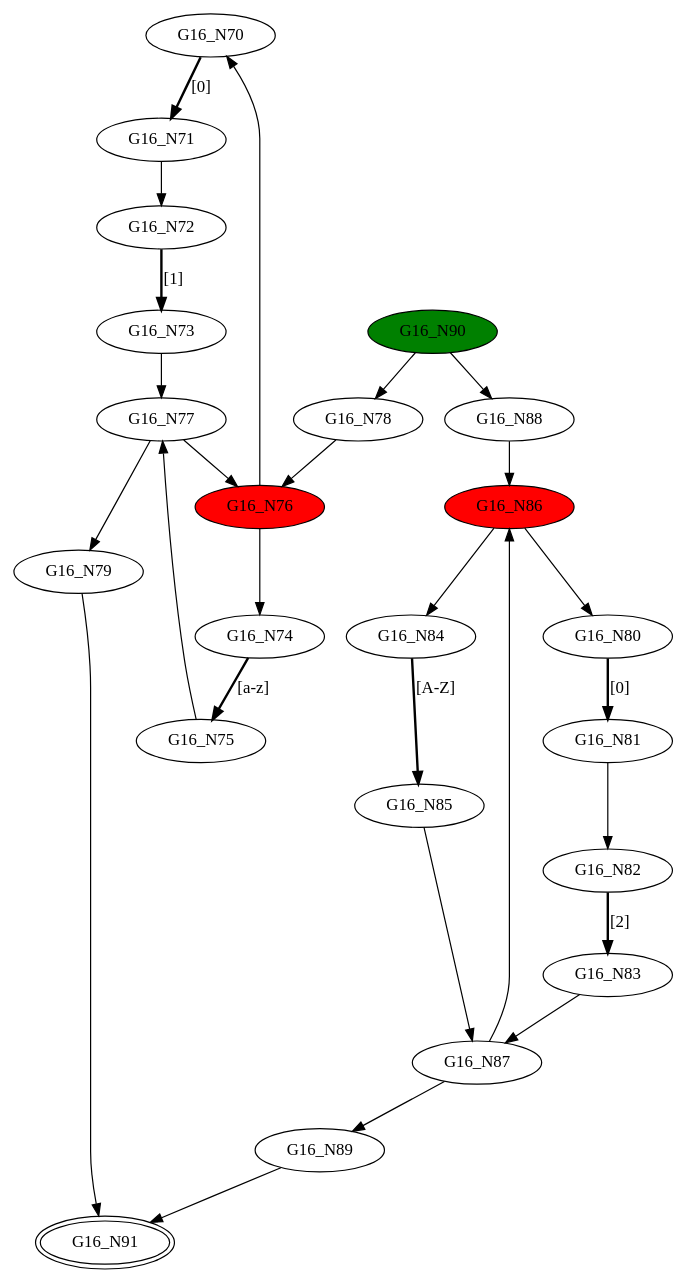
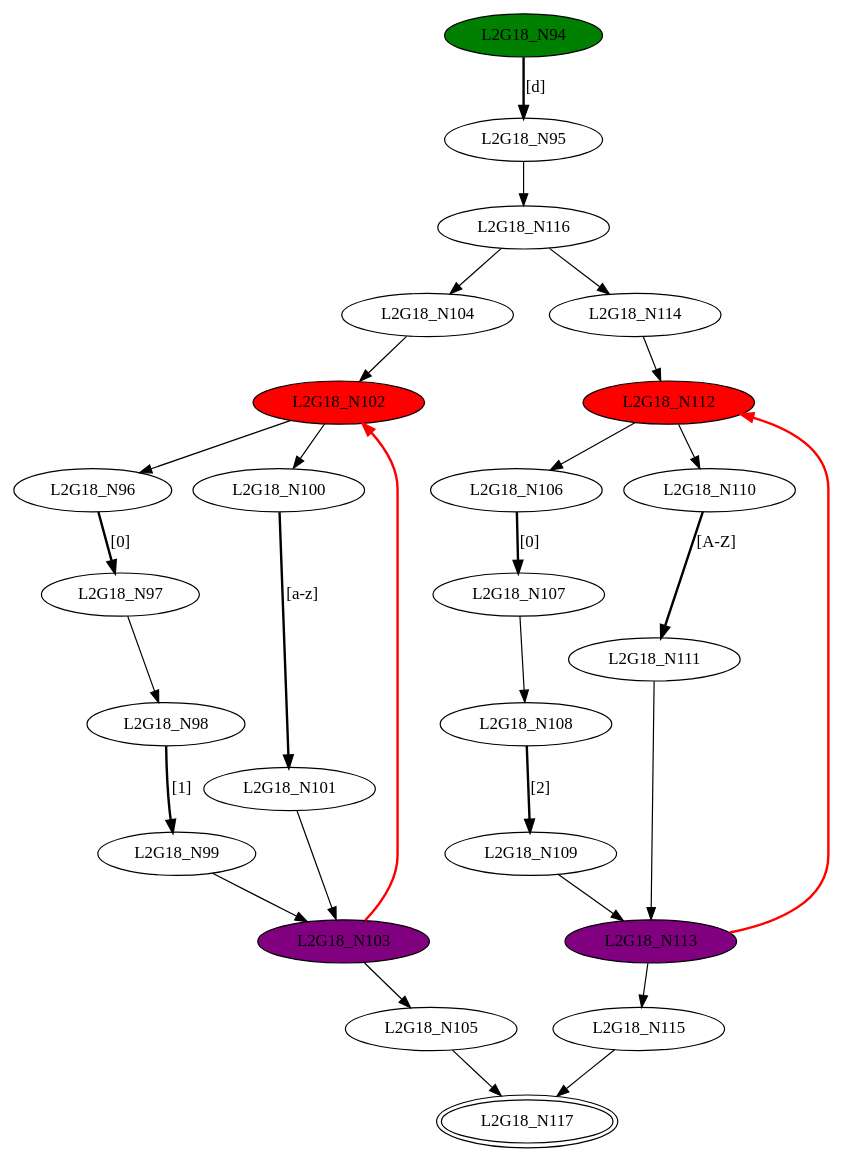
One commit to GDimitroulakos/EDUFLEX changed the diagram in DFASimulator/Testbench/merge2.dot. Above: the diagram before and after it, drawn with Graphviz. The commit also changed 52 other files, not shown here.

Commit message:
Identify loops in the thompson algorithm generated NFA and expose it via coloring in the graphviz NFA graph

```diff
--- a/DFASimulator/Testbench/merge2.dot
+++ b/DFASimulator/Testbench/merge2.dot
@@ -1,50 +1,54 @@
-digraph G16{
-"G16_N70";
-"G16_N71";
-"G16_N72";
-"G16_N73";
-"G16_N74";
-"G16_N75";
-"G16_N76" [style=filled,fillcolor=red];
-"G16_N77";
-"G16_N78";
-"G16_N79";
-"G16_N80";
-"G16_N81";
-"G16_N82";
-"G16_N83";
-"G16_N84";
-"G16_N85";
-"G16_N86" [style=filled,fillcolor=red];
-"G16_N87";
-"G16_N88";
-"G16_N89";
-"G16_N90" [style=filled,fillcolor=green];
-"G16_N91" [peripheries=2];
-"G16_N70"->"G16_N71" [style = bold, label = "[0]"];
-"G16_N72"->"G16_N73" [style = bold, label = "[1]"];
-"G16_N71"->"G16_N72";
-"G16_N74"->"G16_N75" [style = bold, label = "[a-z]"];
-"G16_N76"->"G16_N70";
-"G16_N76"->"G16_N74";
-"G16_N75"->"G16_N77";
-"G16_N73"->"G16_N77";
-"G16_N78"->"G16_N76";
-"G16_N77"->"G16_N79";
-"G16_N77"->"G16_N76";
-"G16_N80"->"G16_N81" [style = bold, label = "[0]"];
-"G16_N82"->"G16_N83" [style = bold, label = "[2]"];
-"G16_N81"->"G16_N82";
-"G16_N84"->"G16_N85" [style = bold, label = "[A-Z]"];
-"G16_N86"->"G16_N80";
-"G16_N86"->"G16_N84";
-"G16_N85"->"G16_N87";
-"G16_N83"->"G16_N87";
-"G16_N88"->"G16_N86";
-"G16_N87"->"G16_N89";
-"G16_N87"->"G16_N86";
-"G16_N90"->"G16_N78";
-"G16_N90"->"G16_N88";
-"G16_N89"->"G16_N91";
-"G16_N79"->"G16_N91";
+digraph G18{
+"L2G18_N94" [style=filled,fillcolor=green];
+"L2G18_N95";
+"L2G18_N96";
+"L2G18_N97";
+"L2G18_N98";
+"L2G18_N99";
+"L2G18_N100";
+"L2G18_N101";
+"L2G18_N102" [style=filled,fillcolor=red];
+"L2G18_N103" [style=filled,fillcolor=purple];
+"L2G18_N104";
+"L2G18_N105";
+"L2G18_N106";
+"L2G18_N107";
+"L2G18_N108";
+"L2G18_N109";
+"L2G18_N110";
+"L2G18_N111";
+"L2G18_N112" [style=filled,fillcolor=red];
+"L2G18_N113" [style=filled,fillcolor=purple];
+"L2G18_N114";
+"L2G18_N115";
+"L2G18_N116";
+"L2G18_N117" [peripheries=2];
+"L2G18_N94"->"L2G18_N95" [style = bold, label = "[d]"];
+"L2G18_N96"->"L2G18_N97" [style = bold, label = "[0]"];
+"L2G18_N98"->"L2G18_N99" [style = bold, label = "[1]"];
+"L2G18_N97"->"L2G18_N98";
+"L2G18_N100"->"L2G18_N101" [style = bold, label = "[a-z]"];
+"L2G18_N102"->"L2G18_N96";
+"L2G18_N102"->"L2G18_N100";
+"L2G18_N101"->"L2G18_N103";
+"L2G18_N99"->"L2G18_N103";
+"L2G18_N104"->"L2G18_N102";
+"L2G18_N103"->"L2G18_N105";
+"L2G18_N103"->"L2G18_N102" [color=red,style = bold, label = ""];
+"L2G18_N106"->"L2G18_N107" [style = bold, label = "[0]"];
+"L2G18_N108"->"L2G18_N109" [style = bold, label = "[2]"];
+"L2G18_N107"->"L2G18_N108";
+"L2G18_N110"->"L2G18_N111" [style = bold, label = "[A-Z]"];
+"L2G18_N112"->"L2G18_N106";
+"L2G18_N112"->"L2G18_N110";
+"L2G18_N111"->"L2G18_N113";
+"L2G18_N109"->"L2G18_N113";
+"L2G18_N114"->"L2G18_N112";
+"L2G18_N113"->"L2G18_N115";
+"L2G18_N113"->"L2G18_N112" [color=red,style = bold, label = ""];
+"L2G18_N116"->"L2G18_N104";
+"L2G18_N116"->"L2G18_N114";
+"L2G18_N115"->"L2G18_N117";
+"L2G18_N105"->"L2G18_N117";
+"L2G18_N95"->"L2G18_N116";
 }
```
